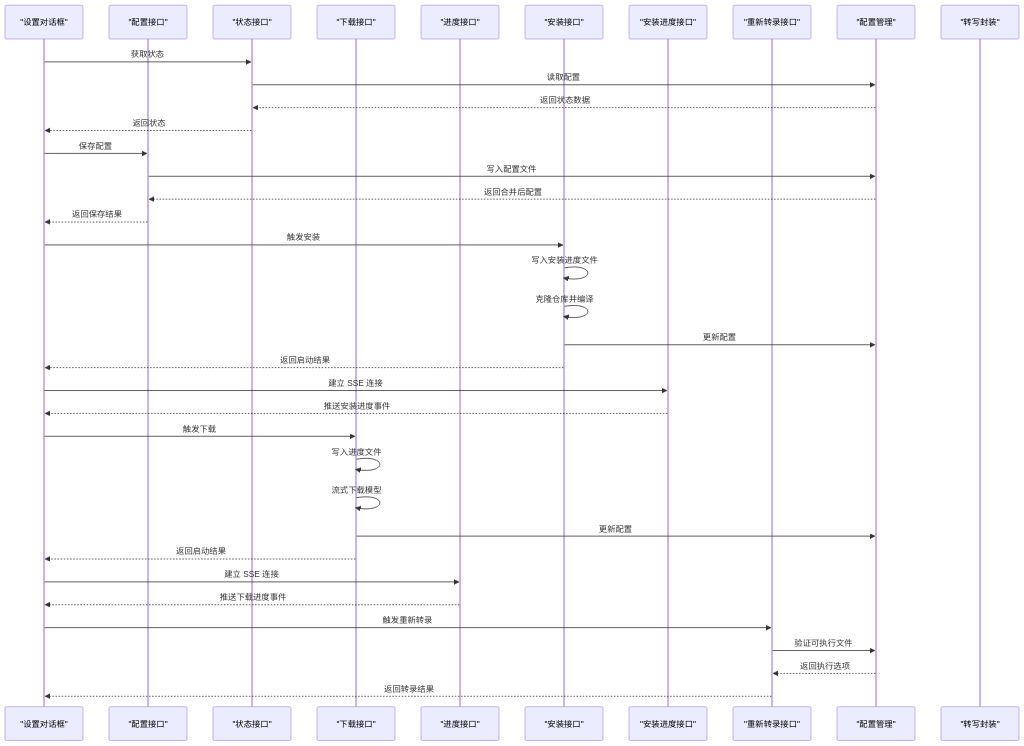
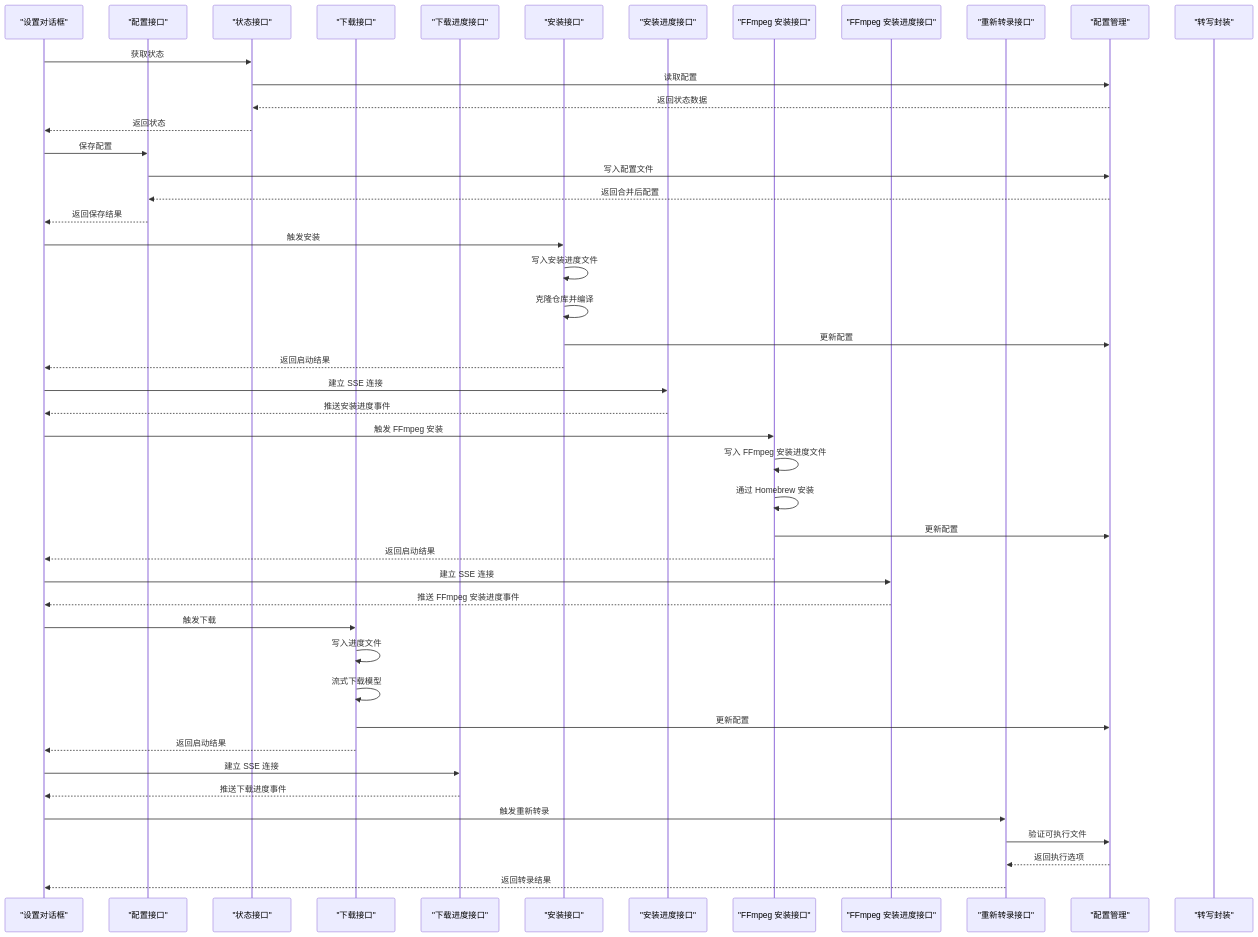
Before and after one commit to clawbotai/memo-flow: the second of 12 diagrams in .qoder/repowiki/zh/content/核心功能模块/Whisper 配置管理.md, drawn with Mermaid. The commit also changed other lines of this file and 5 other files, not shown here.

````diff
--- a/.qoder/repowiki/zh/content/核心功能模块/Whisper 配置管理.md
+++ b/.qoder/repowiki/zh/content/核心功能模块/Whisper 配置管理.md
@@ -135,39 +150,48 @@
 ```mermaid
 sequenceDiagram
 participant UI as "设置对话框"
 participant ConfigAPI as "配置接口"
 participant StatusAPI as "状态接口"
 participant DownloadAPI as "下载接口"
-participant ProgressAPI as "进度接口"
+participant ProgressAPI as "下载进度接口"
 participant InstallAPI as "安装接口"
 participant InstallProgressAPI as "安装进度接口"
+participant FfmpegInstallAPI as "FFmpeg 安装接口"
+participant FfmpegInstallProgressAPI as "FFmpeg 安装进度接口"
 participant RetranscribeAPI as "重新转录接口"
 participant ConfigLib as "配置管理"
 participant WhisperLib as "转写封装"
 UI->>StatusAPI : 获取状态
 StatusAPI->>ConfigLib : 读取配置
 ConfigLib-->>StatusAPI : 返回状态数据
 StatusAPI-->>UI : 返回状态
 UI->>ConfigAPI : 保存配置
 ConfigAPI->>ConfigLib : 写入配置文件
 ConfigLib-->>ConfigAPI : 返回合并后配置
 ConfigAPI-->>UI : 返回保存结果
 UI->>InstallAPI : 触发安装
 InstallAPI->>InstallAPI : 写入安装进度文件
 InstallAPI->>InstallAPI : 克隆仓库并编译
 InstallAPI->>ConfigLib : 更新配置
 InstallAPI-->>UI : 返回启动结果
 UI->>InstallProgressAPI : 建立 SSE 连接
 InstallProgressAPI-->>UI : 推送安装进度事件
+UI->>FfmpegInstallAPI : 触发 FFmpeg 安装
+FfmpegInstallAPI->>FfmpegInstallAPI : 写入 FFmpeg 安装进度文件
+FfmpegInstallAPI->>FfmpegInstallAPI : 通过 Homebrew 安装
+FfmpegInstallAPI->>ConfigLib : 更新配置
+FfmpegInstallAPI-->>UI : 返回启动结果
+UI->>FfmpegInstallProgressAPI : 建立 SSE 连接
+FfmpegInstallProgressAPI-->>UI : 推送 FFmpeg 安装进度事件
 UI->>DownloadAPI : 触发下载
 DownloadAPI->>DownloadAPI : 写入进度文件
 DownloadAPI->>DownloadAPI : 流式下载模型
 DownloadAPI->>ConfigLib : 更新配置
 DownloadAPI-->>UI : 返回启动结果
 UI->>ProgressAPI : 建立 SSE 连接
 ProgressAPI-->>UI : 推送下载进度事件
 UI->>RetranscribeAPI : 触发重新转录
 RetranscribeAPI->>ConfigLib : 验证可执行文件
 ConfigLib-->>RetranscribeAPI : 返回执行选项
 RetranscribeAPI-->>UI : 返回转录结果
 ```
````
